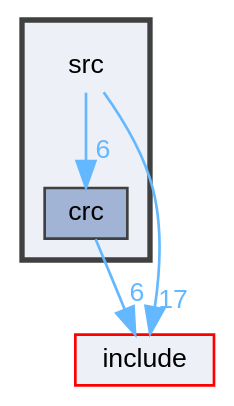
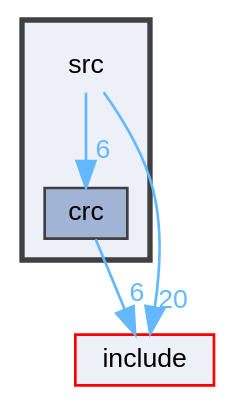
Before and after one commit to robinonsay/libjuno: the diagram in dir_68267d1309a1af8e8297ef4c3efbcdba_dep.dot, drawn with Graphviz. The commit also changed 194 other files, not shown here.

```diff
--- a/dir_68267d1309a1af8e8297ef4c3efbcdba_dep.dot
+++ b/dir_68267d1309a1af8e8297ef4c3efbcdba_dep.dot
@@ -1,17 +1,17 @@
 digraph "/home/runner/work/libjuno/libjuno/src"
 {
  // LATEX_PDF_SIZE
   bgcolor="transparent";
   edge [fontname=Helvetica,fontsize=10,labelfontname=Helvetica,labelfontsize=10];
   node [fontname=Helvetica,fontsize=10,shape=box,height=0.2,width=0.4];
   compound=true
   subgraph clusterdir_68267d1309a1af8e8297ef4c3efbcdba {
     graph [ bgcolor="#edf0f7", pencolor="grey25", label="", fontname=Helvetica,fontsize=10 style="filled,bold", URL="dir_68267d1309a1af8e8297ef4c3efbcdba.html",tooltip=""]
     dir_68267d1309a1af8e8297ef4c3efbcdba [shape=plaintext, label="src"];
   dir_aaf0231a54e81f715efc83e4edb207e4 [label="crc", fillcolor="#a2b4d6", color="grey25", style="filled", URL="dir_aaf0231a54e81f715efc83e4edb207e4.html",tooltip=""];
   }
   dir_d44c64559bbebec7f509842c48db8b23 [label="include", fillcolor="#edf0f7", color="red", style="filled", URL="dir_d44c64559bbebec7f509842c48db8b23.html",tooltip=""];
   dir_68267d1309a1af8e8297ef4c3efbcdba->dir_aaf0231a54e81f715efc83e4edb207e4 [headlabel="6", labeldistance=1.5 headhref="dir_000012_000003.html" href="dir_000012_000003.html" color="steelblue1" fontcolor="steelblue1"];
-  dir_68267d1309a1af8e8297ef4c3efbcdba->dir_d44c64559bbebec7f509842c48db8b23 [headlabel="17", labeldistance=1.5 headhref="dir_000012_000005.html" href="dir_000012_000005.html" color="steelblue1" fontcolor="steelblue1"];
+  dir_68267d1309a1af8e8297ef4c3efbcdba->dir_d44c64559bbebec7f509842c48db8b23 [headlabel="20", labeldistance=1.5 headhref="dir_000012_000005.html" href="dir_000012_000005.html" color="steelblue1" fontcolor="steelblue1"];
   dir_aaf0231a54e81f715efc83e4edb207e4->dir_d44c64559bbebec7f509842c48db8b23 [headlabel="6", labeldistance=1.5 headhref="dir_000003_000005.html" href="dir_000003_000005.html" color="steelblue1" fontcolor="steelblue1"];
 }
```
